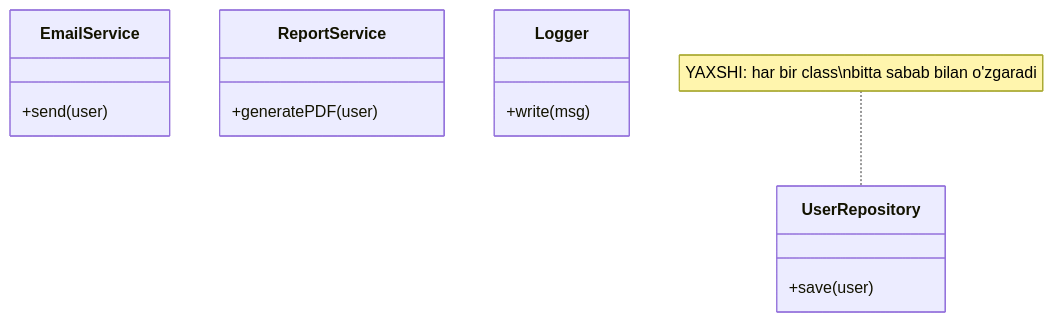
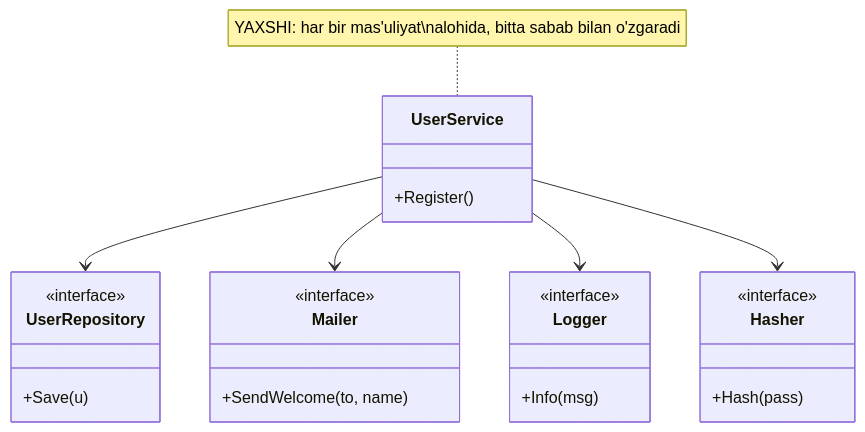
One commit to Otajonoov/dev changed the second of 2 diagrams in Patterns/1. Design Patterns/1. S.O.L.I.D/1. S.md. Above: the diagram before and after it, drawn with Mermaid. The commit also changed other lines of this file and 377 other files, not shown here.

````diff
--- a/Patterns/1. Design Patterns/1. S.O.L.I.D/1. S.md
+++ b/Patterns/1. Design Patterns/1. S.O.L.I.D/1. S.md
@@ -59,16 +253,27 @@
 ```mermaid
 classDiagram
+    class UserService {
+        +Register()
+    }
     class UserRepository {
-        +save(user)
+        <<interface>>
+        +Save(u)
     }
-    class EmailService {
-        +send(user)
-    }
-    class ReportService {
-        +generatePDF(user)
+    class Mailer {
+        <<interface>>
+        +SendWelcome(to, name)
     }
     class Logger {
-        +write(msg)
+        <<interface>>
+        +Info(msg)
     }
-    note for UserRepository "YAXSHI: har bir class\nbitta sabab bilan o'zgaradi"
+    class Hasher {
+        <<interface>>
+        +Hash(pass)
+    }
+    UserService --> UserRepository
+    UserService --> Mailer
+    UserService --> Logger
+    UserService --> Hasher
+    note for UserService "YAXSHI: har bir mas'uliyat\nalohida, bitta sabab bilan o'zgaradi"
 ```
````
